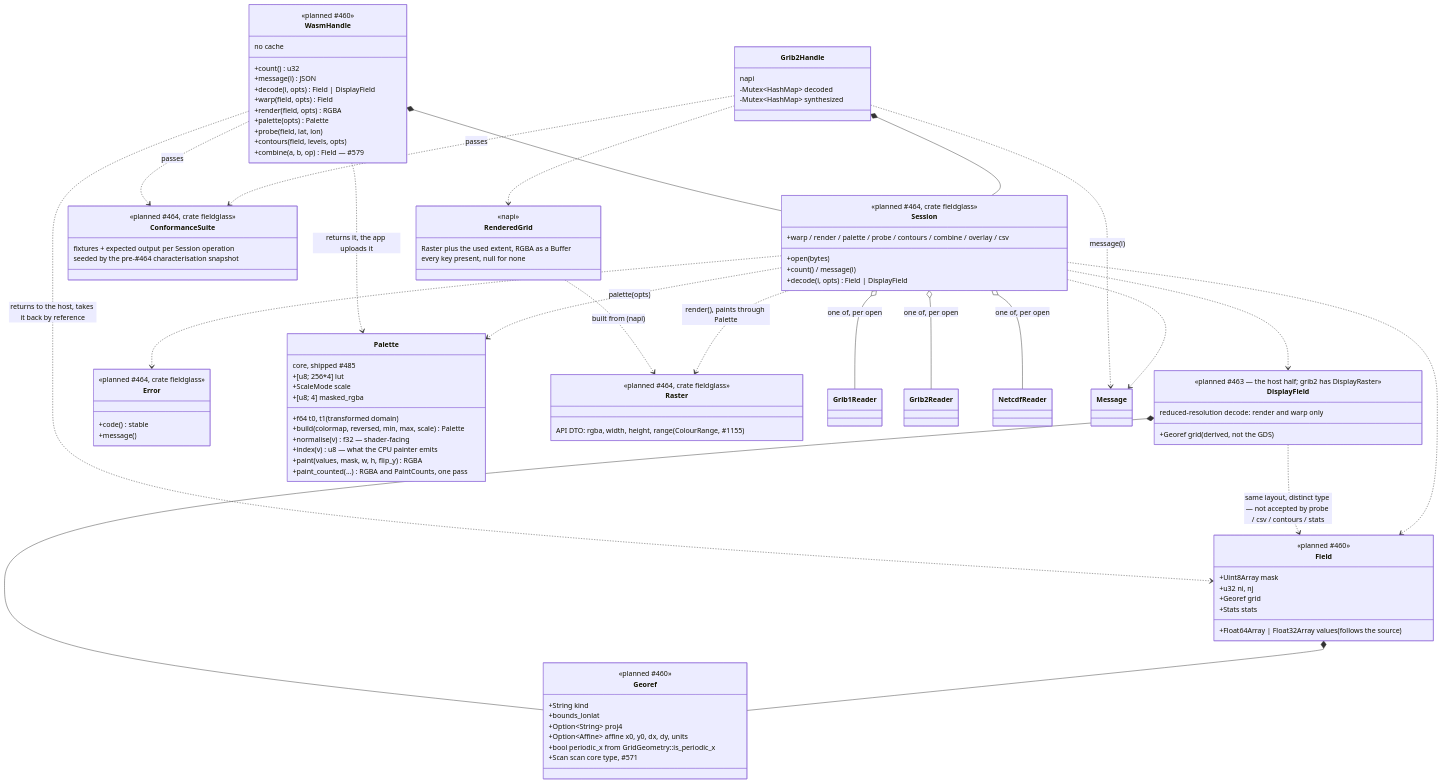
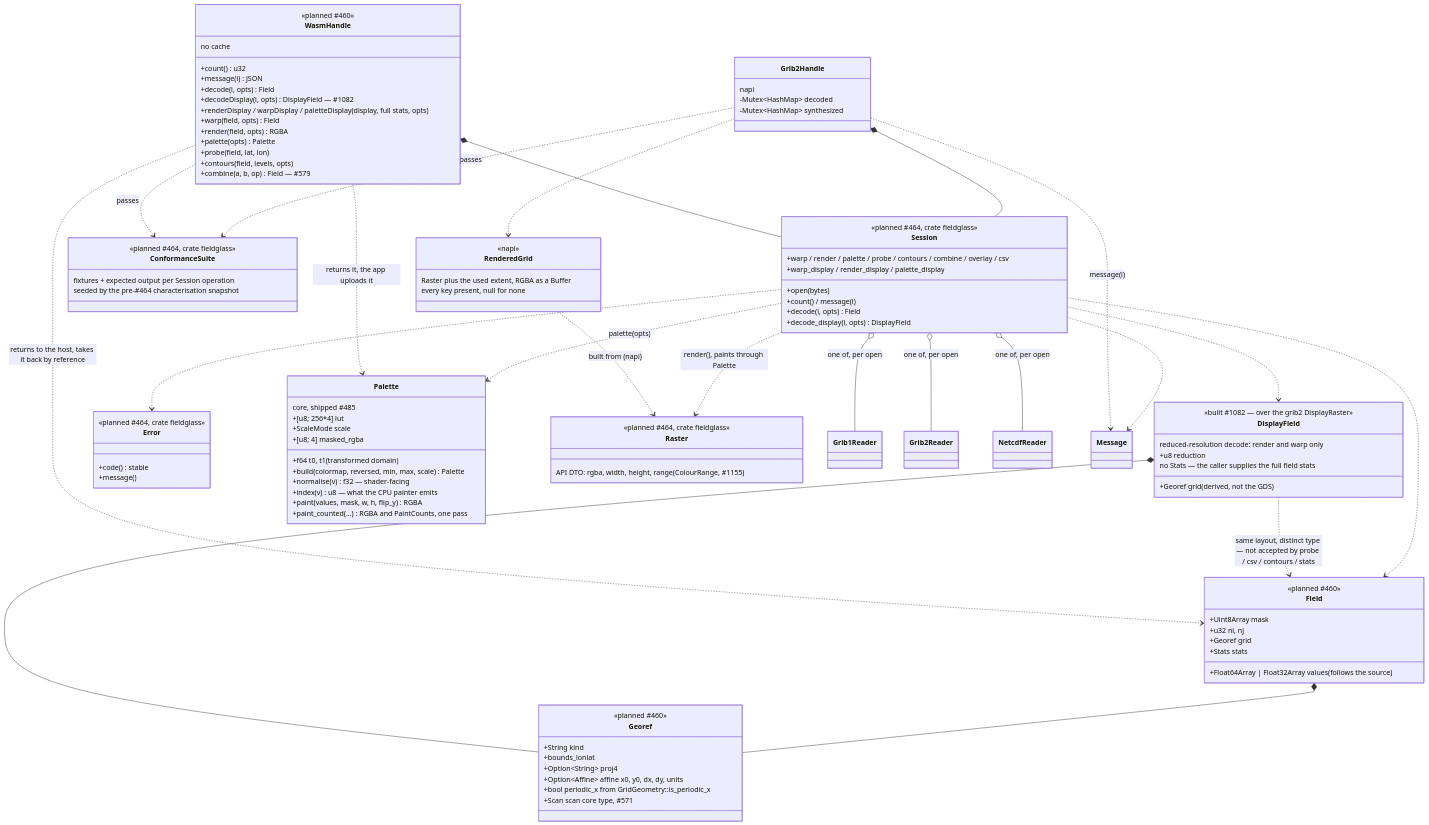
The fourth of 4 diagrams in docs/architecture/planned/03-composition.md (D0ubleD0uble/fieldglass), drawn with Mermaid before and after one commit. The commit also changed 3 other files, not shown here.

First line of the commit message:
docs: record the host half of the reduced-resolution decode as built

```diff
--- a/docs/architecture/planned/03-composition.md
+++ b/docs/architecture/planned/03-composition.md
@@ -236,7 +236,9 @@
         no cache
         +count() u32
         +message(i) JSON
-        +decode(i, opts) Field | DisplayField
+        +decode(i, opts) Field
+        +decodeDisplay(i, opts) DisplayField — #1082
+        +renderDisplay / warpDisplay / paletteDisplay(display, full stats, opts)
         +warp(field, opts) Field
         +render(field, opts) RGBA
         +palette(opts) Palette
@@ -253,9 +255,11 @@
         +Stats stats
     }
     class DisplayField {
-        <<planned #463 — the host half; grib2 has DisplayRaster>>
+        <<built #1082 — over the grib2 DisplayRaster>>
         reduced-resolution decode: render and warp only
         +Georef grid (derived, not the GDS)
+        +u8 reduction
+        no Stats — the caller supplies the full field stats
     }
     class Error {
         <<planned #464, crate fieldglass>>
@@ -275,8 +279,10 @@
         <<planned #464, crate fieldglass>>
         +open(bytes)
         +count() / message(i)
-        +decode(i, opts) Field | DisplayField
+        +decode(i, opts) Field
+        +decode_display(i, opts) DisplayField
         +warp / render / palette / probe / contours / combine / overlay / csv
+        +warp_display / render_display / palette_display
     }
     class ConformanceSuite {
         <<planned #464, crate fieldglass>>
```
